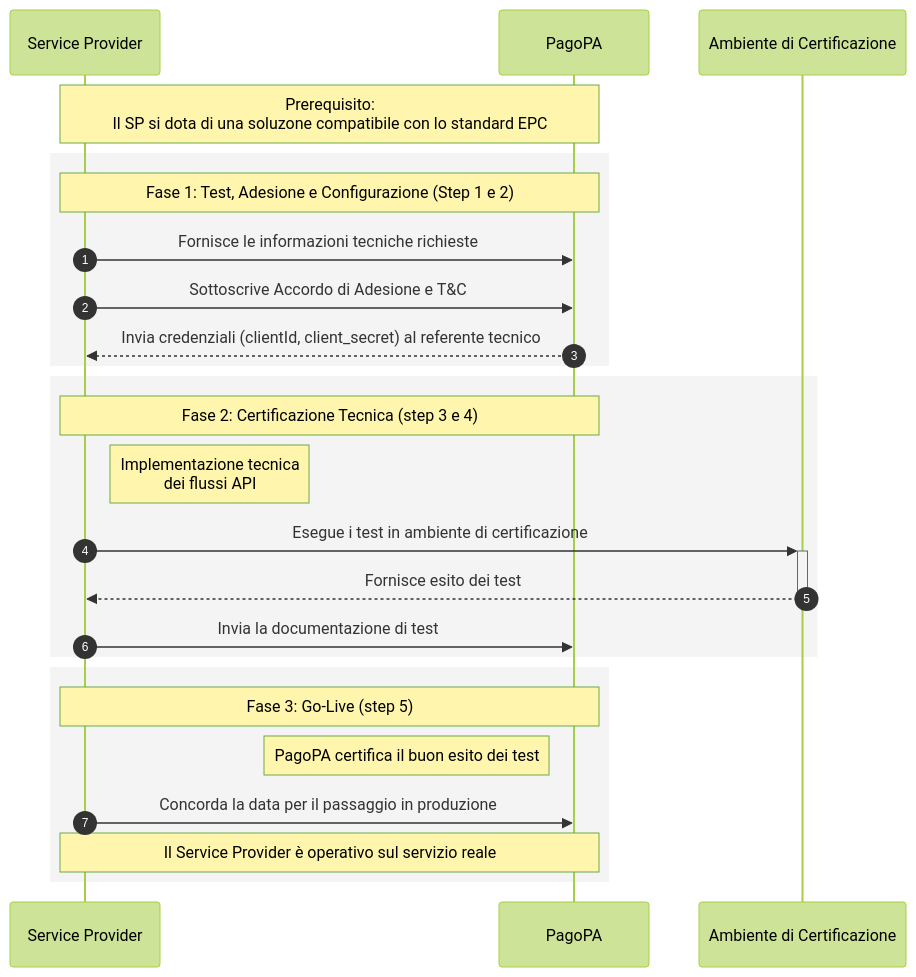
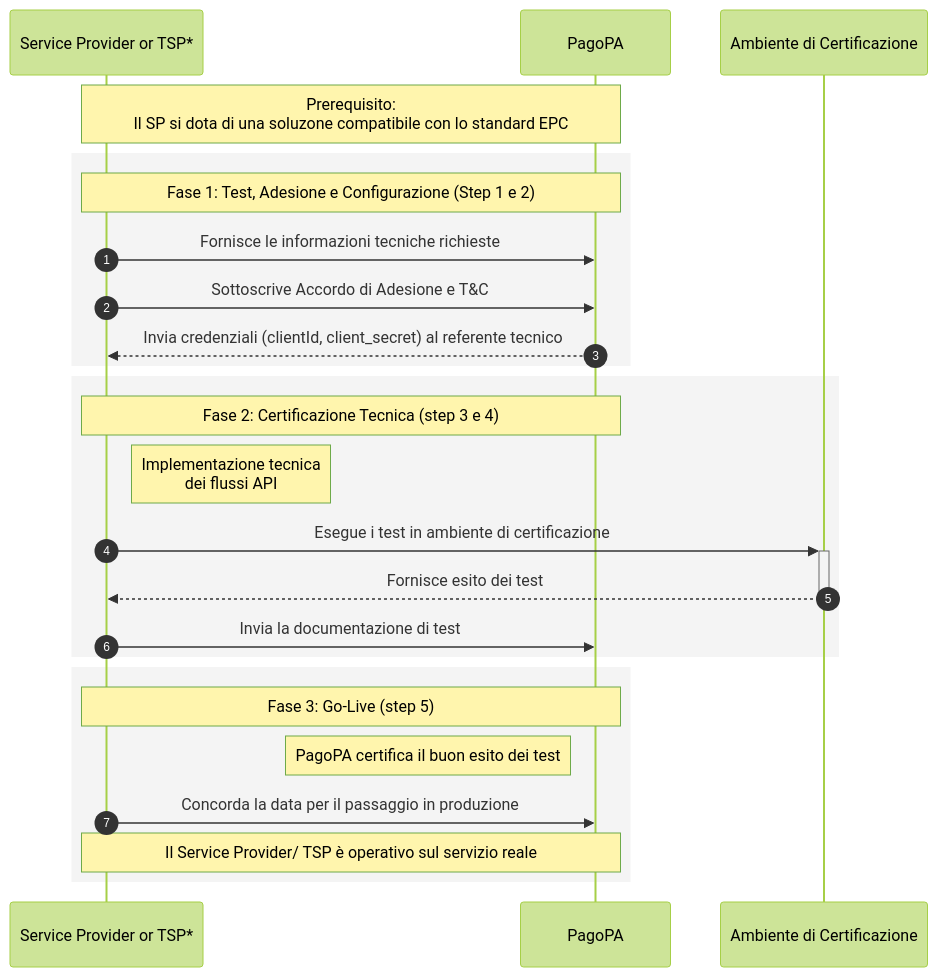
Before and after one commit to pagopa/devportal-docs: the diagram in docs/t7UU6OMWc3V12nDNAZlV/tutorial/come-aderire-al-servizio.md, drawn with Mermaid (forest theme). The commit also changed other lines of this file and 2 other files, not shown here.

Commit message:
GITBOOK-3: Aggiunto TSP

````diff
--- a/docs/t7UU6OMWc3V12nDNAZlV/tutorial/come-aderire-al-servizio.md
+++ b/docs/t7UU6OMWc3V12nDNAZlV/tutorial/come-aderire-al-servizio.md
@@ -12,32 +12,32 @@
 ```mermaid
 sequenceDiagram
     autonumber
 
-    participant SP as Service Provider
+    participant SP as Service Provider or TSP*
     participant PPA as PagoPA
     participant UAT as Ambiente di Certificazione
 
     Note over SP, PPA: Prerequisito: <br> Il SP si dota di una soluzone compatibile con lo standard EPC
 
     rect rgba(240, 240, 240, 0.7)
         note over SP, PPA: Fase 1: Test, Adesione e Configurazione (Step 1 e 2)
         SP->>PPA: Fornisce le informazioni tecniche richieste
         SP->>PPA: Sottoscrive Accordo di Adesione e T&C
         PPA-->>SP: Invia credenziali (clientId, client_secret) al referente tecnico
     end
 
     rect rgba(240, 240, 240, 0.7)
         note over SP, PPA: Fase 2: Certificazione Tecnica (step 3 e 4)
         Note right of SP: Implementazione tecnica <br>dei flussi API
         SP->>+UAT: Esegue i test in ambiente di certificazione
         UAT-->>-SP: Fornisce esito dei test
         SP->>PPA: Invia la documentazione di test
     end
     
     rect rgba(240, 240, 240, 0.7)
         note over SP, PPA: Fase 3: Go-Live (step 5)
         Note left of PPA: PagoPA certifica il buon esito dei test
         SP->>PPA: Concorda la data per il passaggio in produzione
-        Note over SP, PPA: Il Service Provider è operativo sul servizio reale
+        Note over SP, PPA: Il Service Provider/ TSP è operativo sul servizio reale
     end
 ```
````
